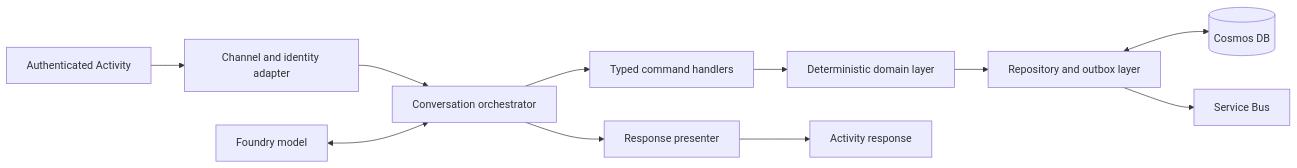
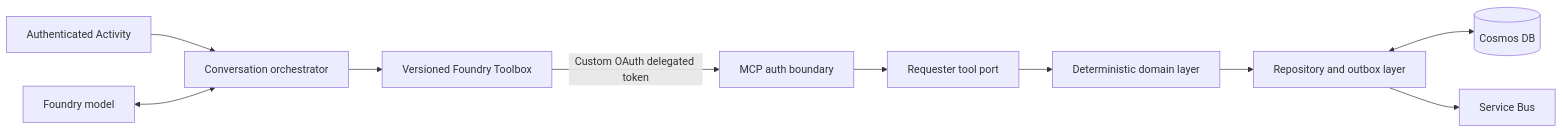
One commit to duongthaiha/intake-agent changed the third of 12 diagrams in architecture.md. Above: the diagram before and after it, drawn with Mermaid. The commit also changed other lines of this file and 46 other files, not shown here.

Commit message:
feat: extract requester tools to private MCP service

````diff
--- a/architecture.md
+++ b/architecture.md
@@ -221,13 +232,12 @@
 ```mermaid
 flowchart LR
-    Activity[Authenticated Activity] --> Adapter[Channel and identity adapter]
-    Adapter --> Orchestrator[Conversation orchestrator]
+    Activity[Authenticated Activity] --> Orchestrator[Conversation orchestrator]
     Model[Foundry model] <--> Orchestrator
-    Orchestrator --> Commands[Typed command handlers]
+    Orchestrator --> Toolbox[Versioned Foundry Toolbox]
+    Toolbox -->|Custom OAuth delegated token| Auth[MCP auth boundary]
+    Auth --> Commands[Requester tool port]
     Commands --> Domain[Deterministic domain layer]
     Domain --> Repositories[Repository and outbox layer]
     Repositories <--> Cosmos[(Cosmos DB)]
     Repositories --> Bus[Service Bus]
-    Orchestrator --> Presenter[Response presenter]
-    Presenter --> ActivityOut[Activity response]
 ```
````
